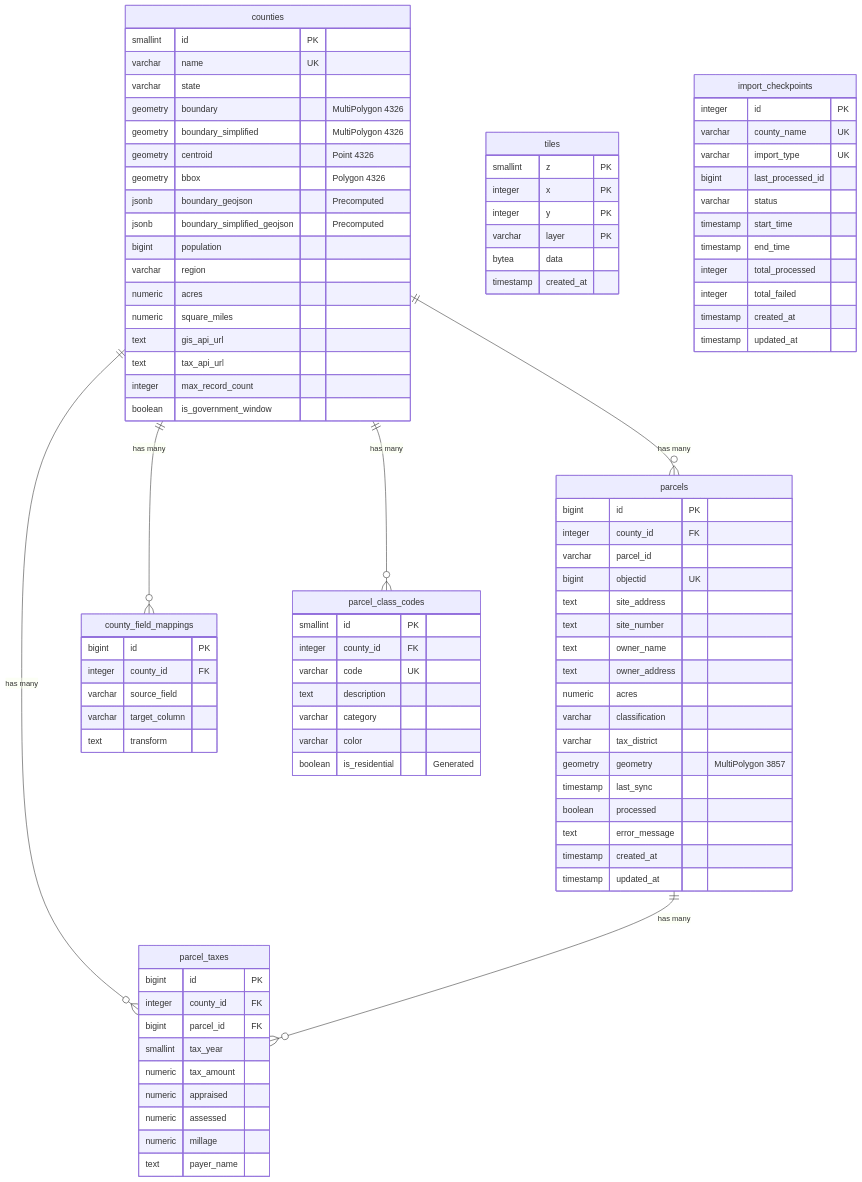
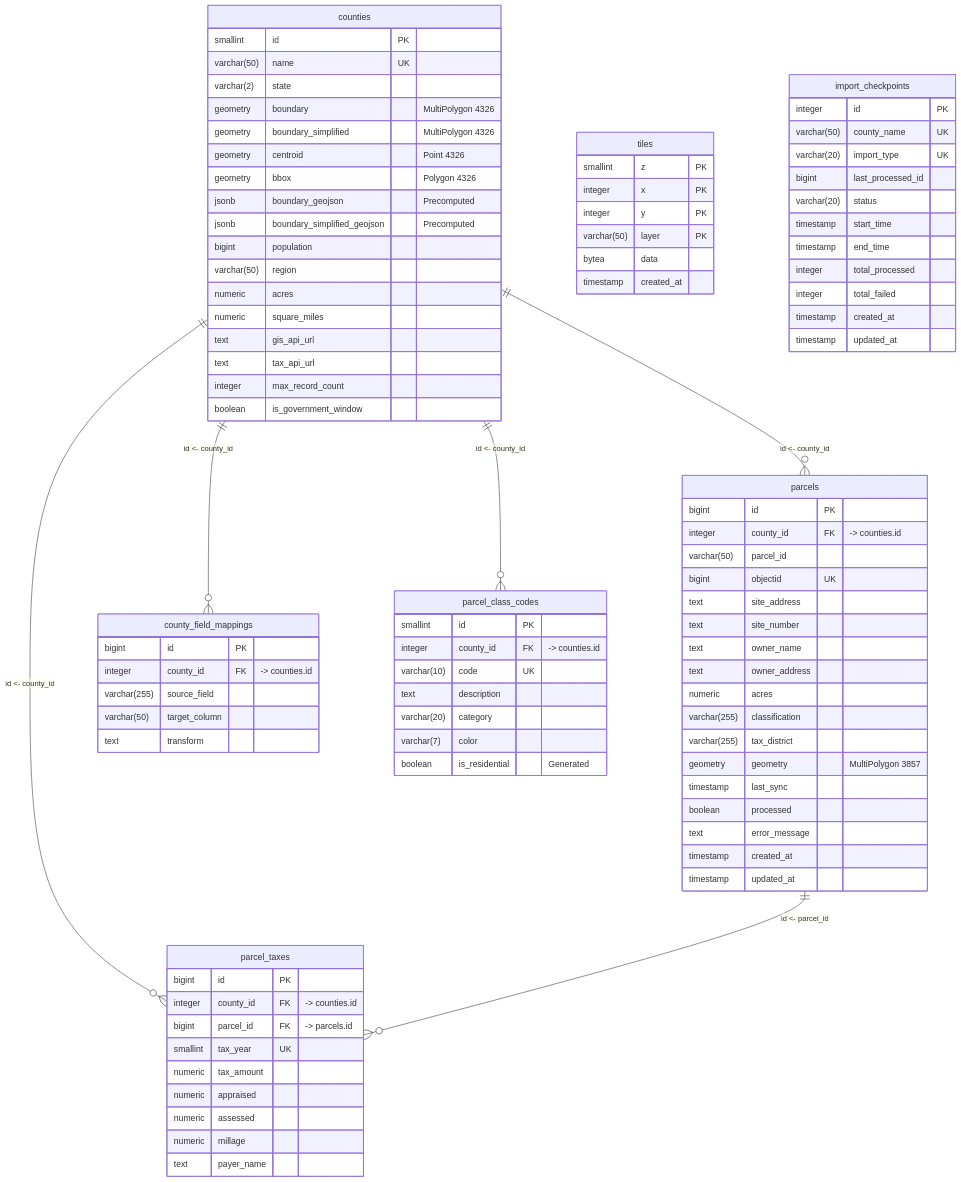
The first of 2 diagrams in db/README.md (renderyourworld/parcel_heatmap), drawn with Mermaid before and after one commit.

Commit message:
Updated column relations

````diff
--- a/db/README.md
+++ b/db/README.md
@@ -20,15 +20,15 @@
 ```mermaid
 erDiagram
-    counties ||--o{ parcels : "has many"
-    counties ||--o{ parcel_taxes : "has many"
-    counties ||--o{ county_field_mappings : "has many"
-    counties ||--o{ parcel_class_codes : "has many"
-    parcels ||--o{ parcel_taxes : "has many"
+    counties ||--o{ parcels : "id <- county_id"
+    counties ||--o{ parcel_taxes : "id <- county_id"
+    counties ||--o{ county_field_mappings : "id <- county_id"
+    counties ||--o{ parcel_class_codes : "id <- county_id"
+    parcels ||--o{ parcel_taxes : "id <- parcel_id"
 
     counties {
         smallint id PK
-        varchar name UK
-        varchar state
+        varchar(50) name UK
+        varchar(2) state
         geometry boundary "MultiPolygon 4326"
         geometry boundary_simplified "MultiPolygon 4326"
         geometry centroid "Point 4326"
@@ -36,7 +36,7 @@
         jsonb boundary_geojson "Precomputed"
         jsonb boundary_simplified_geojson "Precomputed"
         bigint population
-        varchar region
+        varchar(50) region
         numeric acres
         numeric square_miles
         text gis_api_url
@@ -47,16 +47,16 @@
 
     parcels {
         bigint id PK
-        integer county_id FK
-        varchar parcel_id
+        integer county_id FK "-> counties.id"
+        varchar(50) parcel_id
         bigint objectid UK
         text site_address
         text site_number
         text owner_name
         text owner_address
         numeric acres
-        varchar classification
-        varchar tax_district
+        varchar(255) classification
+        varchar(255) tax_district
         geometry geometry "MultiPolygon 3857"
         timestamp last_sync
         boolean processed
@@ -67,9 +67,9 @@
 
     parcel_taxes {
         bigint id PK
-        integer county_id FK
-        bigint parcel_id FK
-        smallint tax_year
+        integer county_id FK "-> counties.id"
+        bigint parcel_id FK "-> parcels.id"
+        smallint tax_year UK
         numeric tax_amount
         numeric appraised
         numeric assessed
@@ -81,35 +81,35 @@
         smallint z PK
         integer x PK
         integer y PK
-        varchar layer PK
+        varchar(50) layer PK
         bytea data
         timestamp created_at
     }
 
     county_field_mappings {
         bigint id PK
-        integer county_id FK
-        varchar source_field
-        varchar target_column
+        integer county_id FK "-> counties.id"
+        varchar(255) source_field
+        varchar(50) target_column
         text transform
     }
 
     parcel_class_codes {
         smallint id PK
-        integer county_id FK
-        varchar code UK
+        integer county_id FK "-> counties.id"
+        varchar(10) code UK
         text description
-        varchar category
-        varchar color
+        varchar(20) category
+        varchar(7) color
         boolean is_residential "Generated"
     }
 
     import_checkpoints {
         integer id PK
-        varchar county_name UK
-        varchar import_type UK
+        varchar(50) county_name UK
+        varchar(20) import_type UK
         bigint last_processed_id
-        varchar status
+        varchar(20) status
         timestamp start_time
         timestamp end_time
         integer total_processed
````
